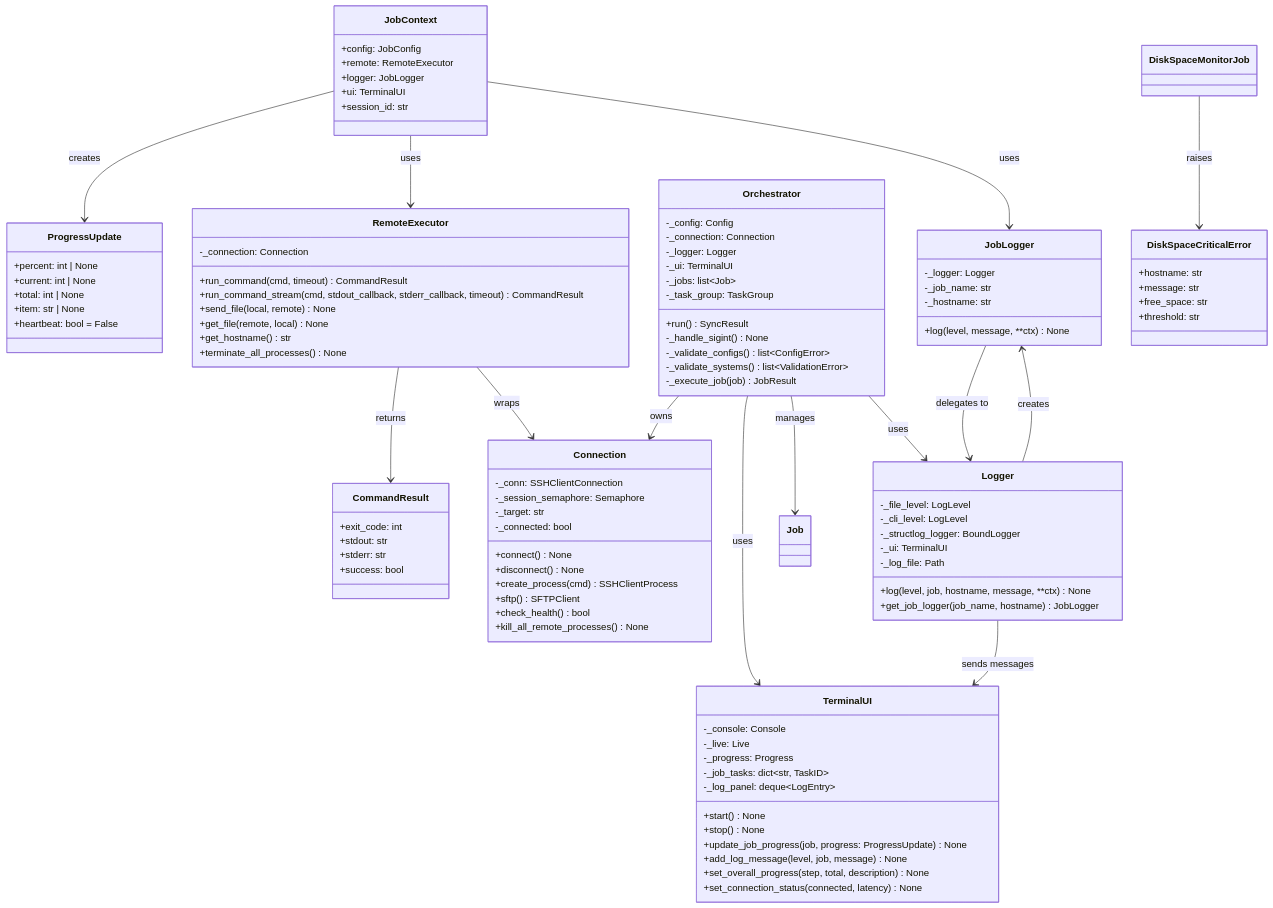
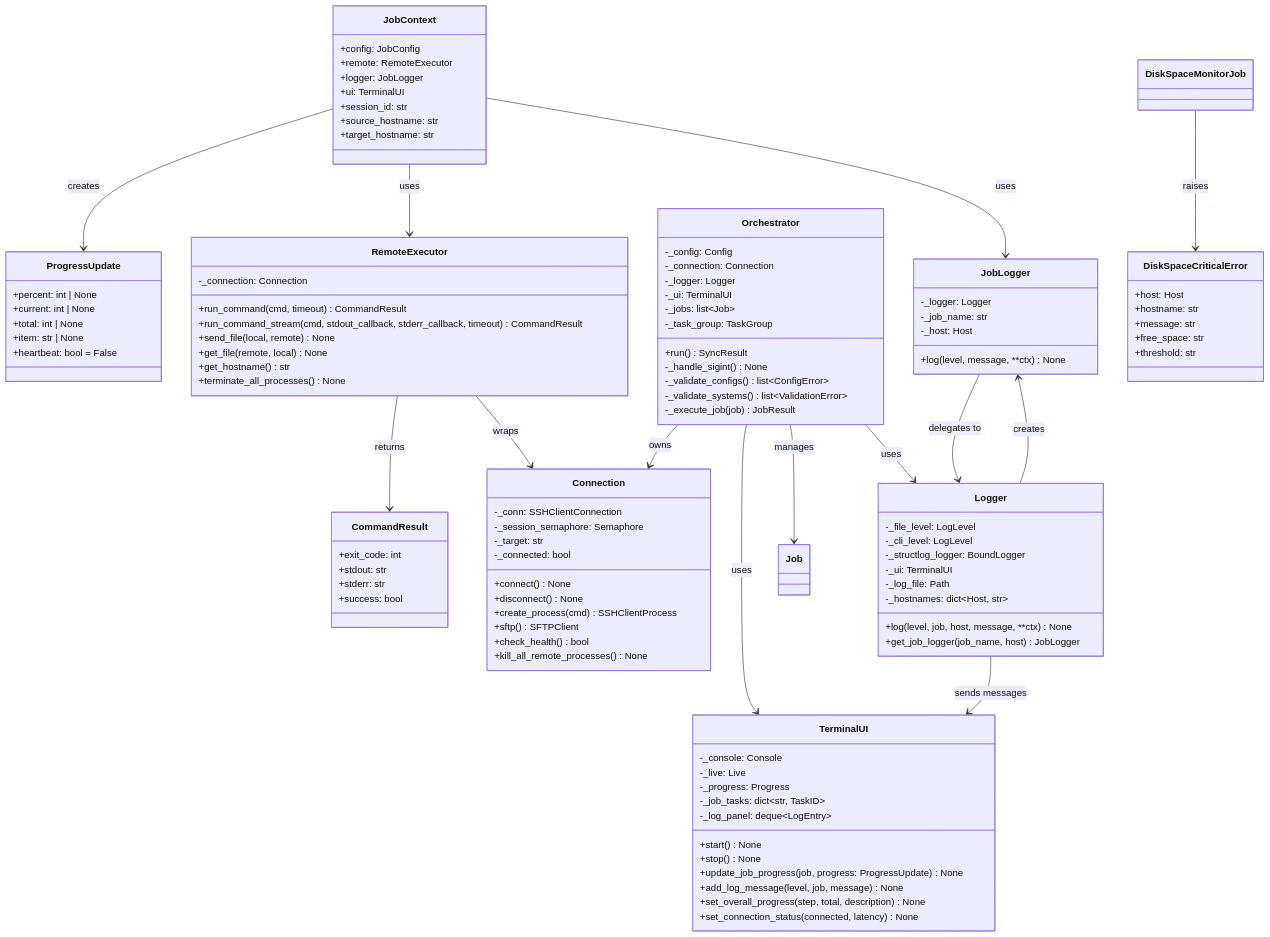
Before and after one commit to flaksit/pc-switcher: the third of 12 diagrams in specs/001-foundation/architecture-claude.md, drawn with Mermaid. The commit also changed other lines of this file, not shown here.

Commit message:
Clarify host/hostname terminology

```diff
--- a/specs/001-foundation/architecture-claude.md
+++ b/specs/001-foundation/architecture-claude.md
@@ -165,6 +185,8 @@
         +logger: JobLogger
         +ui: TerminalUI
         +session_id: str
+        +source_hostname: str
+        +target_hostname: str
     }
 
     class ProgressUpdate {
@@ -225,14 +247,15 @@
         -_structlog_logger: BoundLogger
         -_ui: TerminalUI
         -_log_file: Path
-        +log(level, job, hostname, message, **ctx) None
-        +get_job_logger(job_name, hostname) JobLogger
+        -_hostnames: dict~Host, str~
+        +log(level, job, host, message, **ctx) None
+        +get_job_logger(job_name, host) JobLogger
     }
 
     class JobLogger {
         -_logger: Logger
         -_job_name: str
-        -_hostname: str
+        -_host: Host
         +log(level, message, **ctx) None
     }
 
@@ -251,6 +274,7 @@
     }
 
     class DiskSpaceCriticalError {
+        +host: Host
         +hostname: str
         +message: str
         +free_space: str
```
